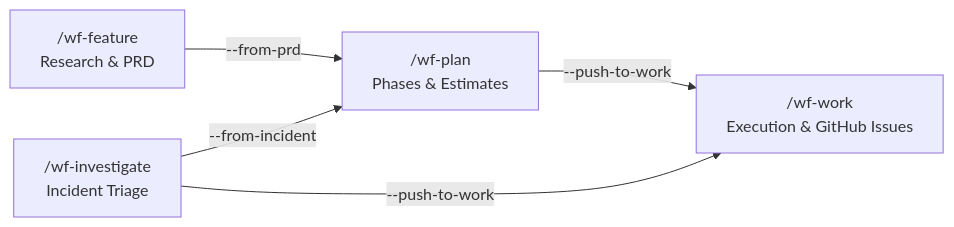
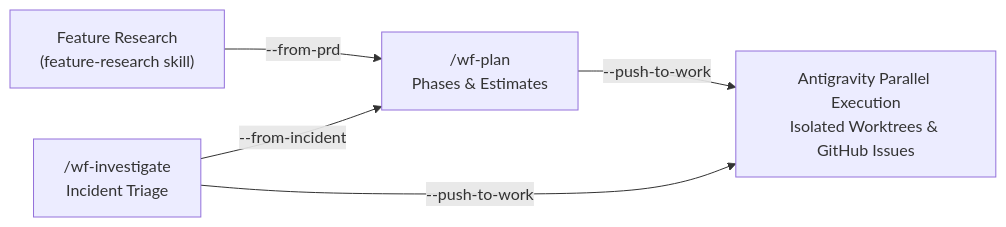
The diagram in README.md (wedigcode/workforces), drawn with Mermaid before and after one commit. The commit also changed other lines of this file and 131 other files, not shown here.

````diff
--- a/README.md
+++ b/README.md
@@ -120,7 +144,7 @@
 ```mermaid
 graph LR
-    A["/wf-feature<br/>Research & PRD"] -->|--from-prd| B["/wf-plan<br/>Phases & Estimates"]
-    B -->|--push-to-work| C["/wf-work<br/>Execution & GitHub Issues"]
+    A["Feature Research<br/>(feature-research skill)"] -->|--from-prd| B["/wf-plan<br/>Phases & Estimates"]
+    B -->|--push-to-work| C["Antigravity Parallel Execution<br/>Isolated Worktrees & GitHub Issues"]
     D["/wf-investigate<br/>Incident Triage"] -->|--push-to-work| C
     D -->|--from-incident| B
 ```
````
